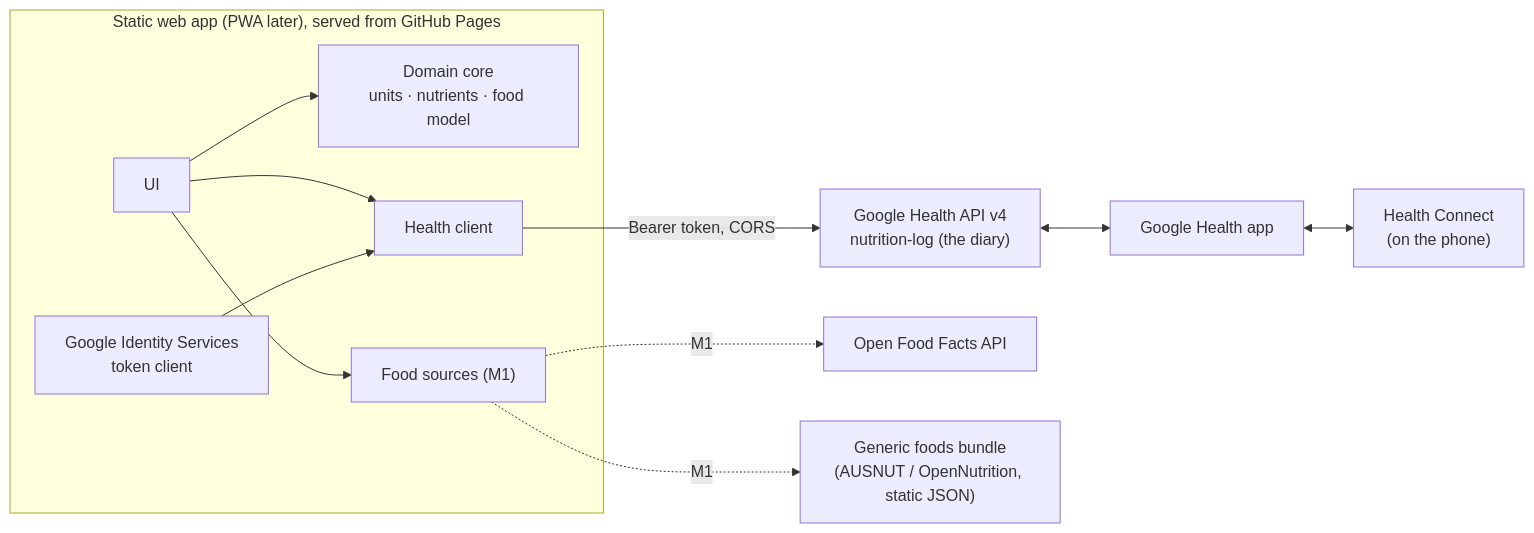
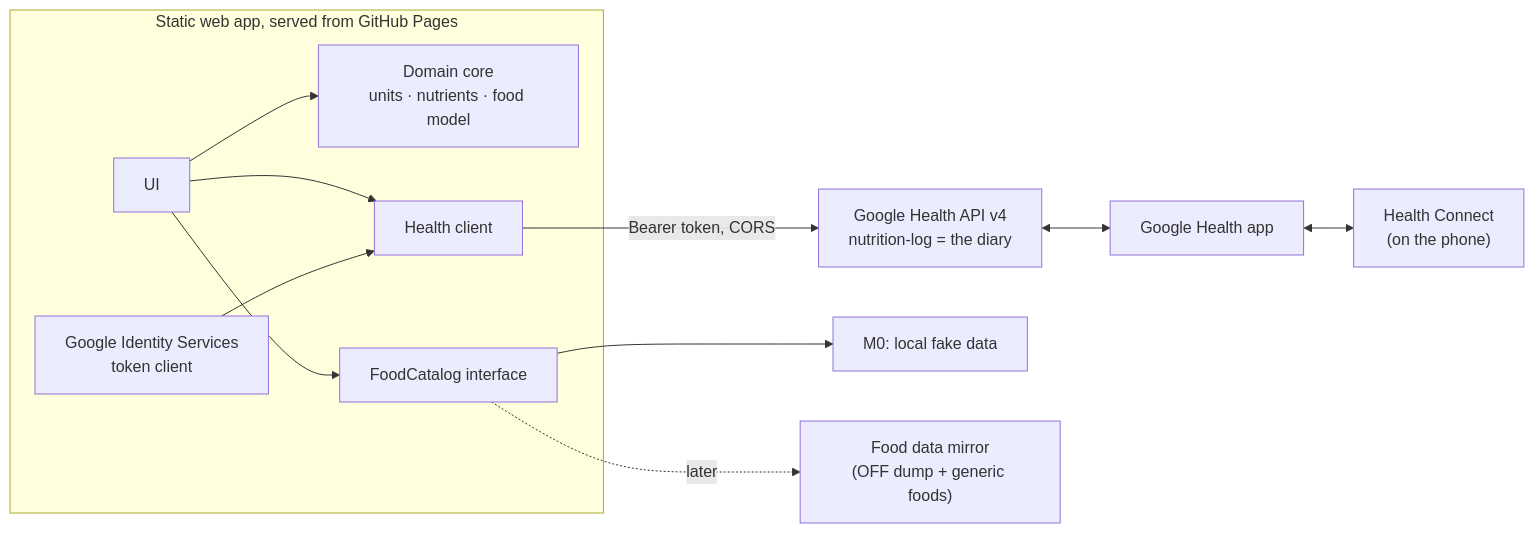
The diagram in docs/ARCHITECTURE.md (Froussios/fitbit-nutrition-portal), drawn with Mermaid before and after one commit. The commit also changed other lines of this file and 11 other files, not shown here.

First line of the commit message:
Read the full nutrition diary; document auth, push and food-data limits

````diff
--- a/docs/ARCHITECTURE.md
+++ b/docs/ARCHITECTURE.md
@@ -37,13 +39,13 @@
 ```mermaid
 flowchart LR
-  subgraph Browser["Static web app (PWA later), served from GitHub Pages"]
+  subgraph Browser["Static web app, served from GitHub Pages"]
     UI["UI"] --> Core["Domain core<br/>units · nutrients · food model"]
     UI --> HC["Health client"]
-    UI --> FS["Food sources (M1)"]
+    UI --> FC["FoodCatalog interface"]
     Auth["Google Identity Services<br/>token client"] --> HC
   end
-  HC -- "Bearer token, CORS" --> GHAPI["Google Health API v4<br/>nutrition-log (the diary)"]
-  FS -. "M1" .-> OFF["Open Food Facts API"]
-  FS -. "M1" .-> GEN["Generic foods bundle<br/>(AUSNUT / OpenNutrition, static JSON)"]
+  HC -- "Bearer token, CORS" --> GHAPI["Google Health API v4<br/>nutrition-log = the diary"]
+  FC --> Fake["M0: local fake data"]
+  FC -. "later" .-> Mirror["Food data mirror<br/>(OFF dump + generic foods)"]
   GHAPI <--> GHApp["Google Health app"] <--> HCn["Health Connect<br/>(on the phone)"]
 ```
````
